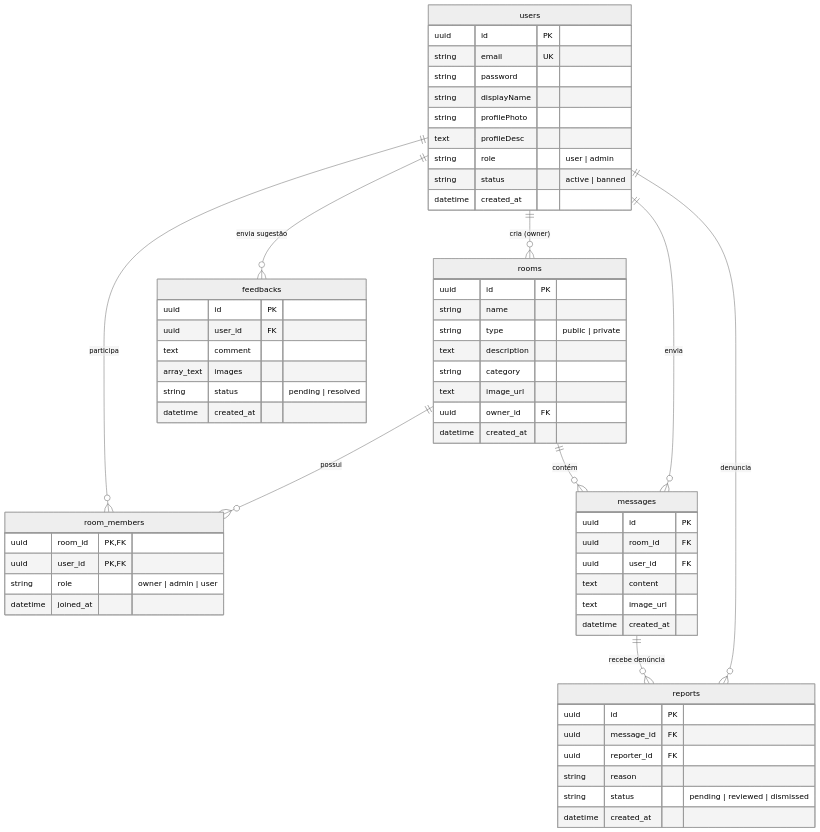
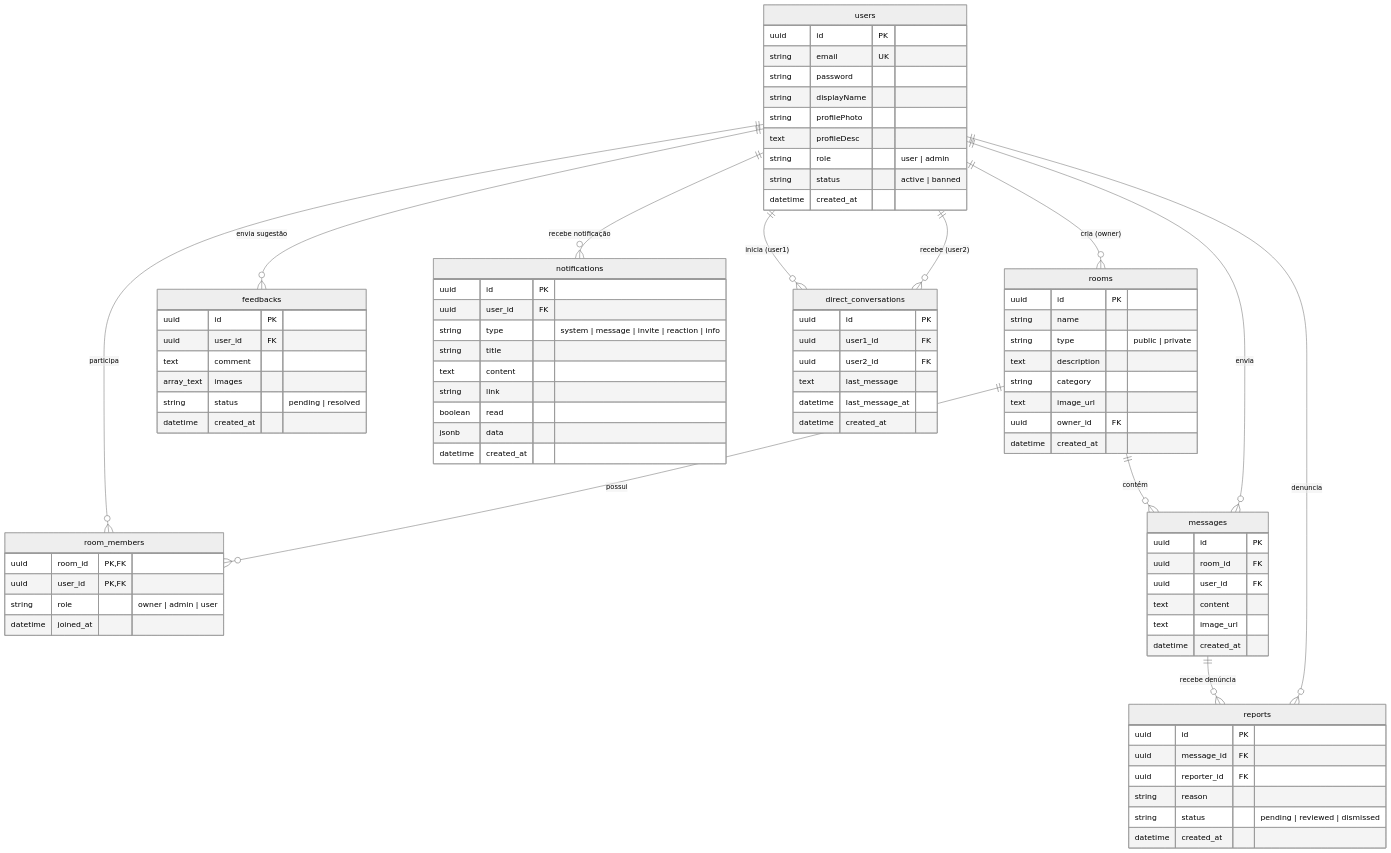
One commit to LucasRamosSilva-15/WebChat changed the diagram in backend/README.md. Above: the diagram before and after it, drawn with Mermaid (neutral theme). The commit also changed other lines of this file and 10 other files, not shown here.

```diff
--- a/backend/README.md
+++ b/backend/README.md
@@ -117,6 +123,9 @@
     messages ||--o{ reports : "recebe denúncia"
     users ||--o{ reports : "denuncia"
     users ||--o{ feedbacks : "envia sugestão"
+    users ||--o{ notifications : "recebe notificação"
+    users ||--o{ direct_conversations : "inicia (user1)"
+    users ||--o{ direct_conversations : "recebe (user2)"
 
     users {
         uuid id PK
@@ -157,6 +166,27 @@
         datetime created_at
     }
 
+    direct_conversations {
+        uuid id PK
+        uuid user1_id FK
+        uuid user2_id FK
+        text last_message
+        datetime last_message_at
+        datetime created_at
+    }
+
+    notifications {
+        uuid id PK
+        uuid user_id FK
+        string type "system | message | invite | reaction | info"
+        string title
+        text content
+        string link
+        boolean read
+        jsonb data
+        datetime created_at
+    }
+
     reports {
         uuid id PK
         uuid message_id FK
```
